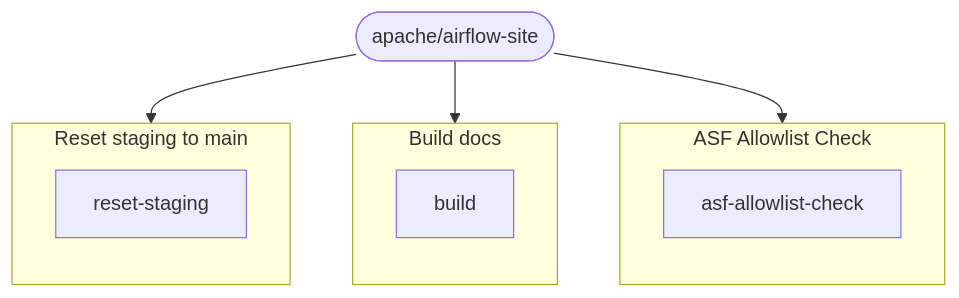
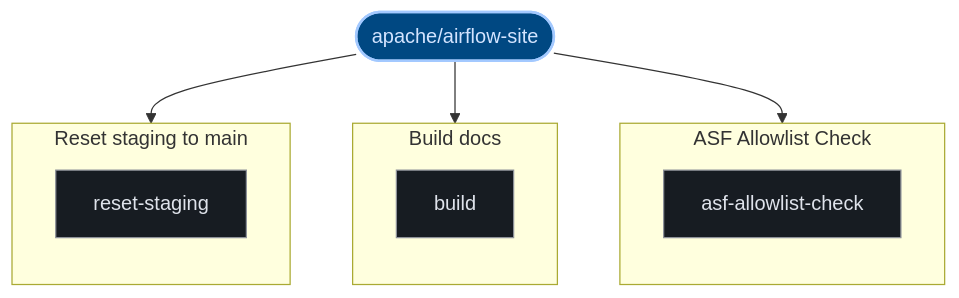
The third of 3 diagrams in exports/latest/reports/apache-airflow-site-report.md (kumarshaz/atruss-code-atlas), drawn with Mermaid before and after one commit. The commit also changed other lines of this file and 331 other files, not shown here.

Commit message:
docs,ui,fix: update SDLC docs, reorder CI/CD DAG first, stylize Mermaid, and fix Arc42 pipeline topology

````diff
--- a/exports/latest/reports/apache-airflow-site-report.md
+++ b/exports/latest/reports/apache-airflow-site-report.md
@@ -131,19 +142,26 @@
 ```mermaid
 graph TD;
-  pipeline_root(["apache/airflow-site"])
+  classDef atlasRoot fill:#004882,stroke:#a3c9ff,stroke-width:2px,color:#d3e4ff
+  classDef atlasCategory fill:#212428,stroke:#E87A48,stroke-width:1.5px,color:#dfe3eb
+  classDef atlasWorkflow fill:#1b2026,stroke:#a3c9ff,stroke-width:1.5px,color:#dfe3eb
+  classDef atlasJob fill:#171c22,stroke:#8d9199,stroke-width:1px,color:#dfe3eb
+  classDef atlasTarget fill:#005227,stroke:#8bd99b,stroke-width:1.5px,color:#a7f6b6
+  classDef atlasAlert fill:#93000a,stroke:#ffb4ab,stroke-width:1.5px,color:#ffdad6
+  classDef atlasMore fill:#252a31,stroke:#8d9199,stroke-dasharray:4 4,color:#c3c6cf
+  pipeline_root(["apache/airflow-site"]):::atlasRoot
   subgraph ASF_Allowlist_Check_0["ASF Allowlist Check"]
     direction TB
-    0_asf_allowlist_check["asf-allowlist-check"]
+    0_asf_allowlist_check["asf-allowlist-check"]:::atlasJob
   end
   pipeline_root --> 0_asf_allowlist_check
   subgraph Build_docs_1["Build docs"]
     direction TB
-    1_build["build"]
+    1_build["build"]:::atlasJob
   end
   pipeline_root --> 1_build
   subgraph Reset_staging_to_main_2["Reset staging to main"]
     direction TB
-    2_reset_staging["reset-staging"]
+    2_reset_staging["reset-staging"]:::atlasJob
   end
   pipeline_root --> 2_reset_staging
 ```
````
